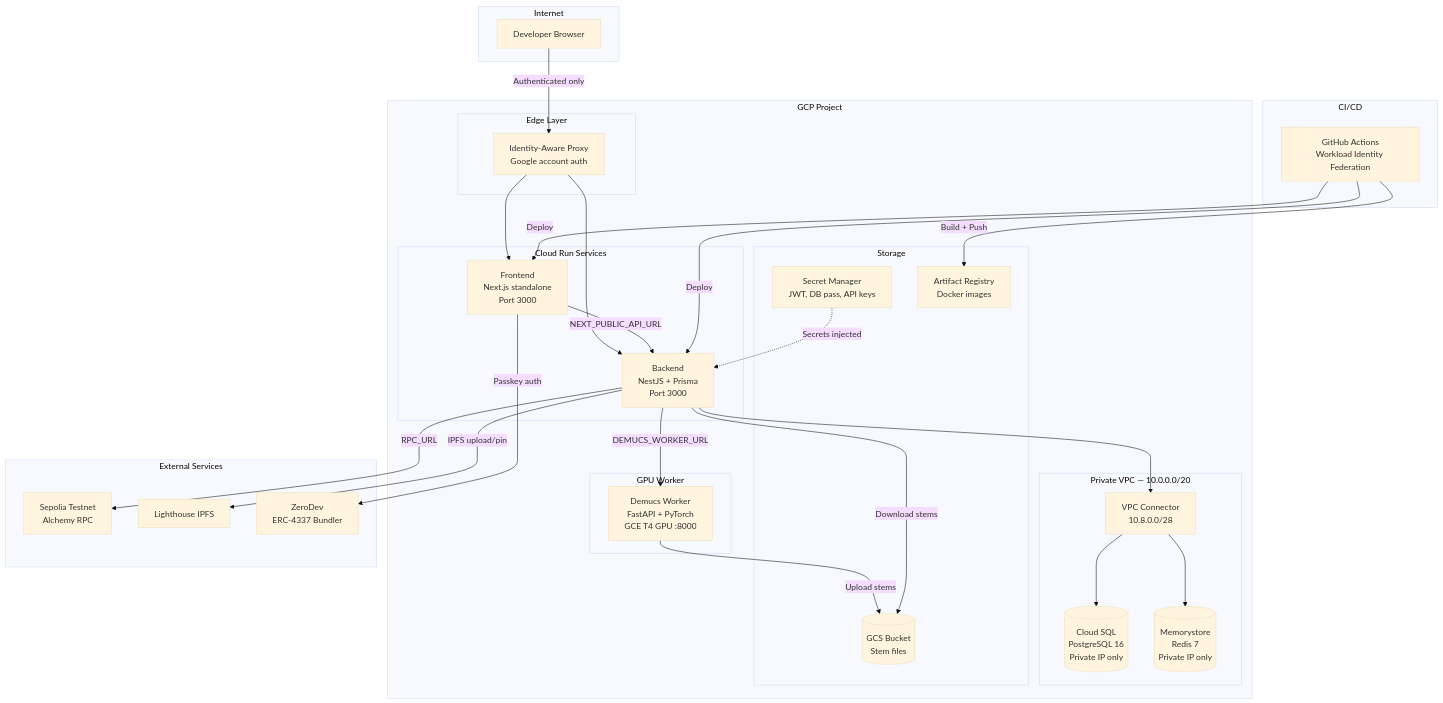
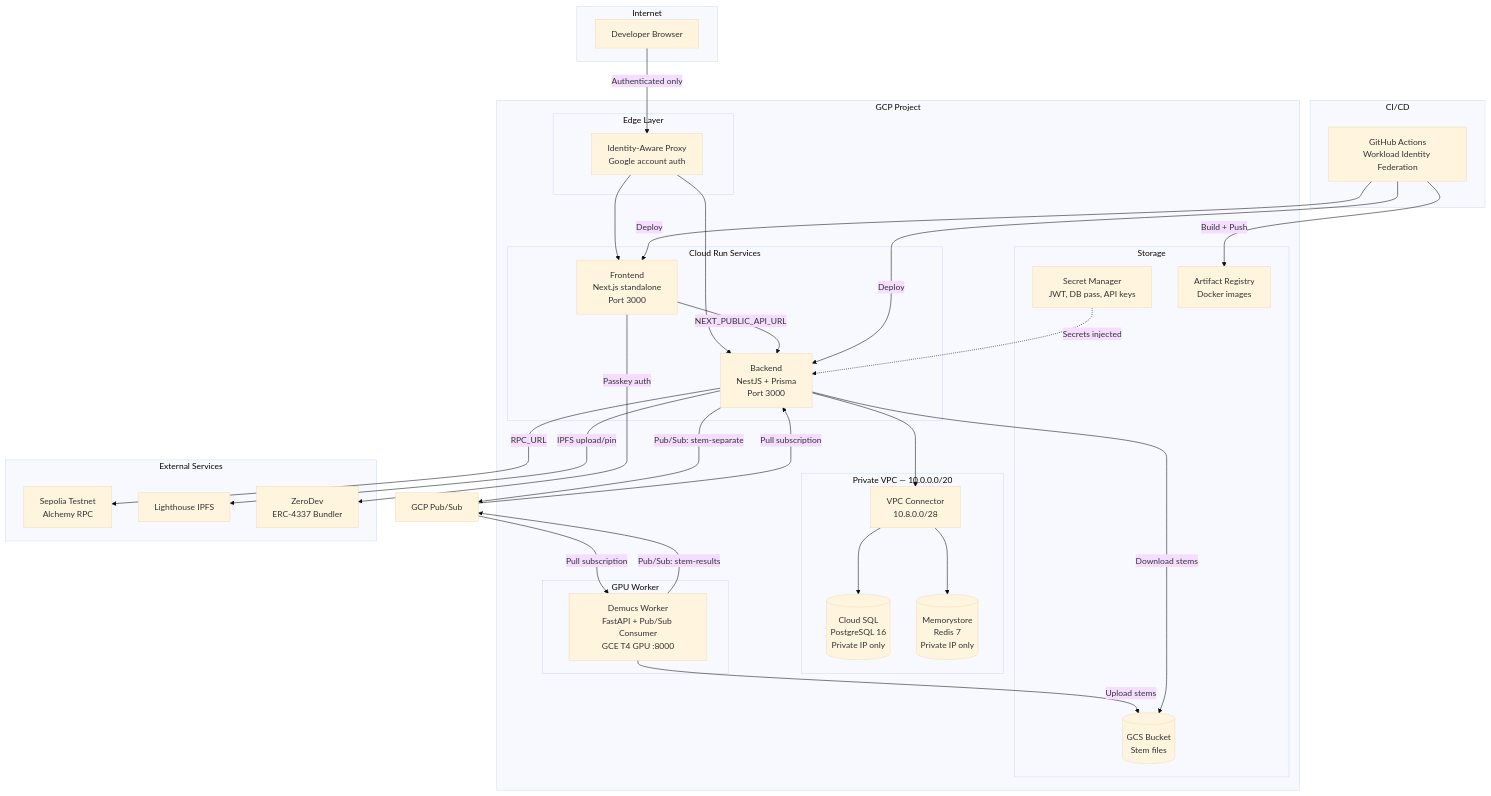
The first of 2 diagrams in docs/deployment.md (akoita/resonate), drawn with Mermaid (base theme) before and after one commit. The commit also changed other lines of this file and 44 other files, not shown here.

First line of the commit message:
feat(#357): Event-Driven Demucs Worker via GCP Pub/Sub

````diff
--- a/docs/deployment.md
+++ b/docs/deployment.md
@@ -61,61 +61,64 @@
 ```mermaid
 graph TB
     subgraph Internet
         DEV["Developer Browser"]
     end
 
     subgraph "GCP Project"
         subgraph "Edge Layer"
             IAP["Identity-Aware Proxy<br/>Google account auth"]
         end
 
         subgraph "Cloud Run Services"
             FE["Frontend<br/>Next.js standalone<br/>Port 3000"]
             BE["Backend<br/>NestJS + Prisma<br/>Port 3000"]
         end
 
         subgraph "GPU Worker"
-            DW["Demucs Worker<br/>FastAPI + PyTorch<br/>GCE T4 GPU :8000"]
+            DW["Demucs Worker<br/>FastAPI + Pub/Sub Consumer<br/>GCE T4 GPU :8000"]
         end
 
         subgraph "Private VPC — 10.0.0.0/20"
             VPCC["VPC Connector<br/>10.8.0.0/28"]
             SQL[("Cloud SQL<br/>PostgreSQL 16<br/>Private IP only")]
             REDIS[("Memorystore<br/>Redis 7<br/>Private IP only")]
         end
 
         subgraph "Storage"
             GCS[("GCS Bucket<br/>Stem files")]
             SM["Secret Manager<br/>JWT, DB pass, API keys"]
             AR["Artifact Registry<br/>Docker images"]
         end
     end
 
     subgraph "External Services"
         SEP["Sepolia Testnet<br/>Alchemy RPC"]
         IPFS["Lighthouse IPFS"]
         ZD["ZeroDev<br/>ERC-4337 Bundler"]
     end
 
     subgraph "CI/CD"
         GH["GitHub Actions<br/>Workload Identity Federation"]
     end
 
     DEV -->|"Authenticated only"| IAP
     IAP --> FE
     IAP --> BE
     FE -->|"NEXT_PUBLIC_API_URL"| BE
     BE --> VPCC
     VPCC --> SQL
     VPCC --> REDIS
-    BE -->|"DEMUCS_WORKER_URL"| DW
+    BE -->|"Pub/Sub: stem-separate"| PS["GCP Pub/Sub"]
+    PS -->|"Pull subscription"| DW
+    DW -->|"Pub/Sub: stem-results"| PS
+    PS -->|"Pull subscription"| BE
     DW -->|"Upload stems"| GCS
     BE -->|"Download stems"| GCS
     BE -->|"RPC_URL"| SEP
     BE -->|"IPFS upload/pin"| IPFS
     FE -->|"Passkey auth"| ZD
     SM -.->|"Secrets injected"| BE
     GH -->|"Build + Push"| AR
     GH -->|"Deploy"| FE
     GH -->|"Deploy"| BE
 ```
````
